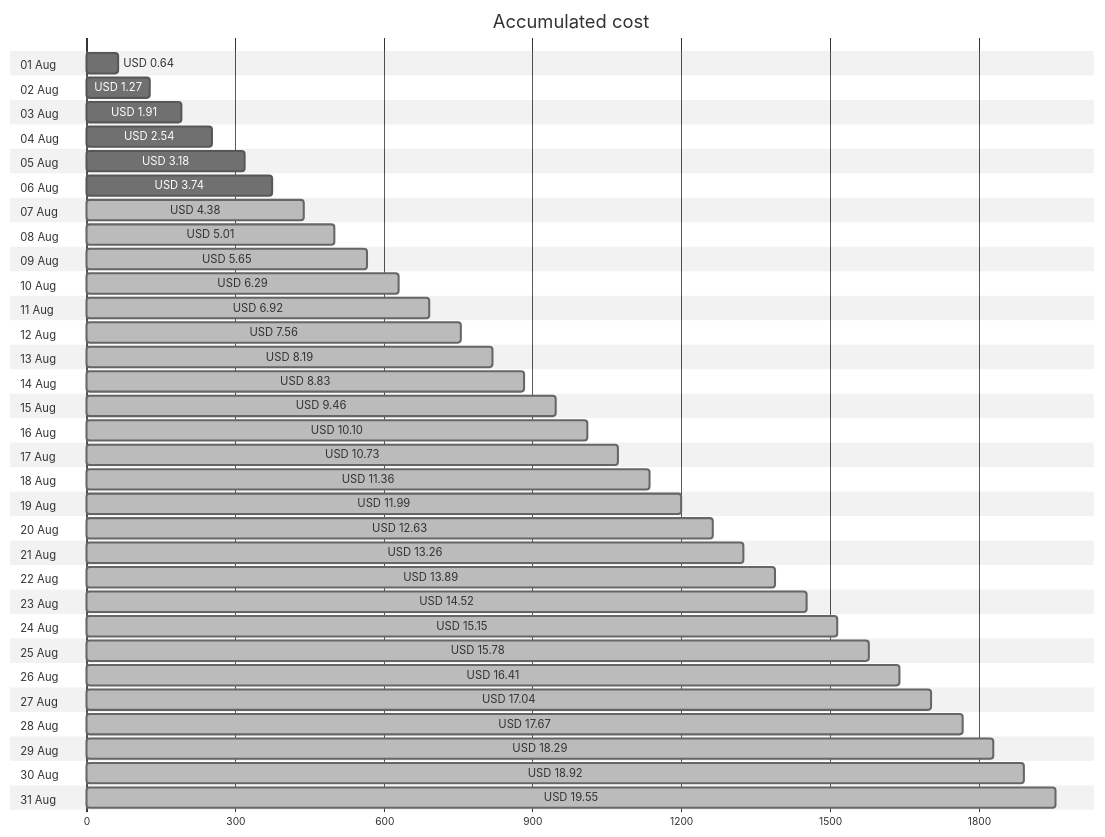
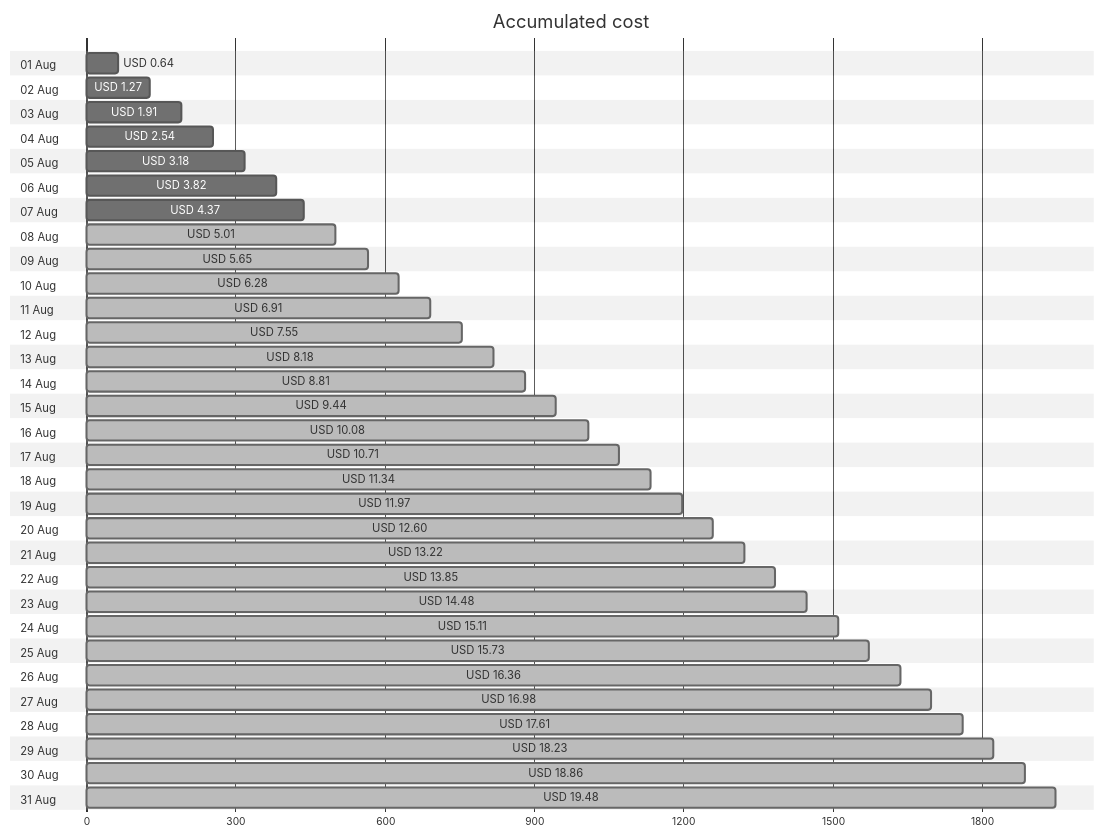
One commit to jpfulton/azure-personal-reports changed the first of 4 diagrams in cost-reports/accumulated-cost.md. Above: the diagram before and after it, drawn with Mermaid (neutral theme). The commit also changed other lines of this file and 4 other files, not shown here.

````diff
--- a/cost-reports/accumulated-cost.md
+++ b/cost-reports/accumulated-cost.md
@@ -20,68 +20,68 @@
 ```mermaid
 gantt
    title Accumulated cost
    dateFormat  X
    axisFormat %s
    section 01 Aug
    USD 0.64 :0, 64
    section 02 Aug
    USD 1.27 :0, 127
    section 03 Aug
    USD 1.91 :0, 191
    section 04 Aug
    USD 2.54 :0, 254
    section 05 Aug
    USD 3.18 :0, 318
    section 06 Aug
-   USD 3.74 :0, 374
+   USD 3.82 :0, 382
    section 07 Aug
-   USD 4.38 : done, 0, 438
+   USD 4.37 :0, 437
    section 08 Aug
    USD 5.01 : done, 0, 501
    section 09 Aug
    USD 5.65 : done, 0, 565
    section 10 Aug
-   USD 6.29 : done, 0, 629
+   USD 6.28 : done, 0, 628
    section 11 Aug
-   USD 6.92 : done, 0, 692
+   USD 6.91 : done, 0, 691
    section 12 Aug
-   USD 7.56 : done, 0, 756
+   USD 7.55 : done, 0, 755
    section 13 Aug
-   USD 8.19 : done, 0, 819
+   USD 8.18 : done, 0, 818
    section 14 Aug
-   USD 8.83 : done, 0, 883
+   USD 8.81 : done, 0, 881
    section 15 Aug
-   USD 9.46 : done, 0, 946
+   USD 9.44 : done, 0, 944
    section 16 Aug
-   USD 10.10 : done, 0, 1010
+   USD 10.08 : done, 0, 1008
    section 17 Aug
-   USD 10.73 : done, 0, 1073
+   USD 10.71 : done, 0, 1071
    section 18 Aug
-   USD 11.36 : done, 0, 1136
+   USD 11.34 : done, 0, 1134
    section 19 Aug
-   USD 11.99 : done, 0, 1199
+   USD 11.97 : done, 0, 1197
    section 20 Aug
-   USD 12.63 : done, 0, 1263
+   USD 12.60 : done, 0, 1260
    section 21 Aug
-   USD 13.26 : done, 0, 1326
+   USD 13.22 : done, 0, 1322
    section 22 Aug
-   USD 13.89 : done, 0, 1389
+   USD 13.85 : done, 0, 1385
    section 23 Aug
-   USD 14.52 : done, 0, 1452
+   USD 14.48 : done, 0, 1448
    section 24 Aug
-   USD 15.15 : done, 0, 1515
+   USD 15.11 : done, 0, 1511
    section 25 Aug
-   USD 15.78 : done, 0, 1578
+   USD 15.73 : done, 0, 1573
    section 26 Aug
-   USD 16.41 : done, 0, 1641
+   USD 16.36 : done, 0, 1636
    section 27 Aug
-   USD 17.04 : done, 0, 1704
+   USD 16.98 : done, 0, 1698
    section 28 Aug
-   USD 17.67 : done, 0, 1767
+   USD 17.61 : done, 0, 1761
    section 29 Aug
-   USD 18.29 : done, 0, 1829
+   USD 18.23 : done, 0, 1823
    section 30 Aug
-   USD 18.92 : done, 0, 1892
+   USD 18.86 : done, 0, 1886
    section 31 Aug
-   USD 19.55 : done, 0, 1955
+   USD 19.48 : done, 0, 1948
 ```
````
